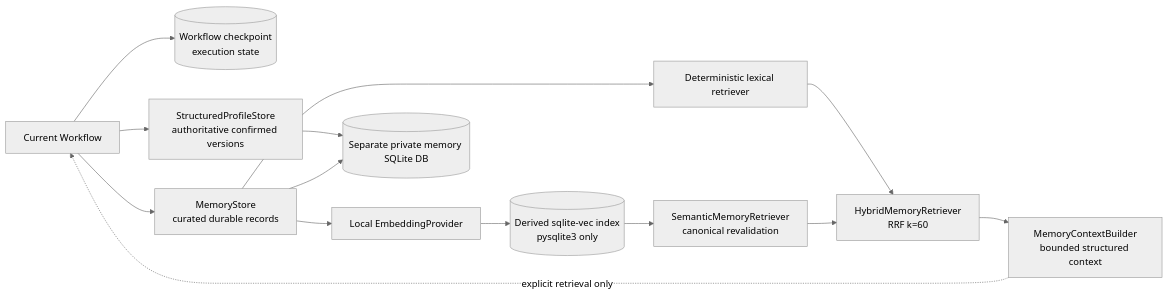
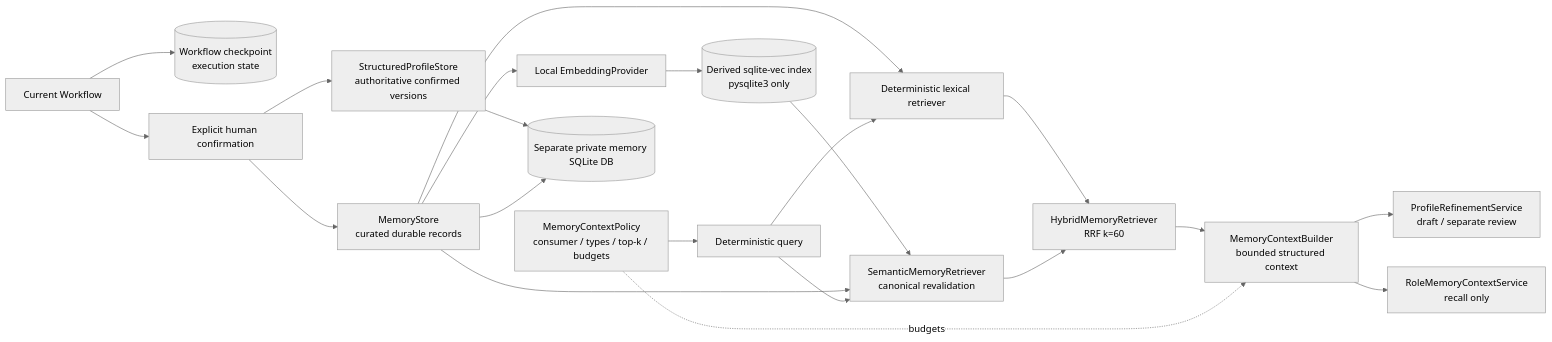
One commit to wangzch337-max/orange-career-agent changed the third of 15 diagrams in ARCHITECTURE.md. Above: the diagram before and after it, drawn with Mermaid (neutral theme). The commit also changed other lines of this file and 15 other files, not shown here.

````diff
--- a/ARCHITECTURE.md
+++ b/ARCHITECTURE.md
@@ -99,16 +107,23 @@
 ```mermaid
 flowchart LR
     C[Current Workflow] --> CP[(Workflow checkpoint<br/>execution state)]
-    C --> PS[StructuredProfileStore<br/>authoritative confirmed versions]
-    C --> MS[MemoryStore<br/>curated durable records]
+    C --> CONF[Explicit human confirmation]
+    CONF --> PS[StructuredProfileStore<br/>authoritative confirmed versions]
+    CONF --> MS[MemoryStore<br/>curated durable records]
+    POLICY[MemoryContextPolicy<br/>consumer / types / top-k / budgets] --> QUERY[Deterministic query]
     MS --> LR[Deterministic lexical retriever]
     MS --> EP[Local EmbeddingProvider]
     EP --> VI[(Derived sqlite-vec index<br/>pysqlite3 only)]
     VI --> SR[SemanticMemoryRetriever<br/>canonical revalidation]
+    MS --> SR
+    QUERY --> LR
+    QUERY --> SR
     LR --> HR[HybridMemoryRetriever<br/>RRF k=60]
     SR --> HR
     HR --> MCB[MemoryContextBuilder<br/>bounded structured context]
-    MCB -. explicit retrieval only .-> C
+    POLICY -. budgets .-> MCB
+    MCB --> PR[ProfileRefinementService<br/>draft / separate review]
+    MCB --> RC[RoleMemoryContextService<br/>recall only]
     PS --> DB[(Separate private memory SQLite DB)]
     MS --> DB
 ```
````
